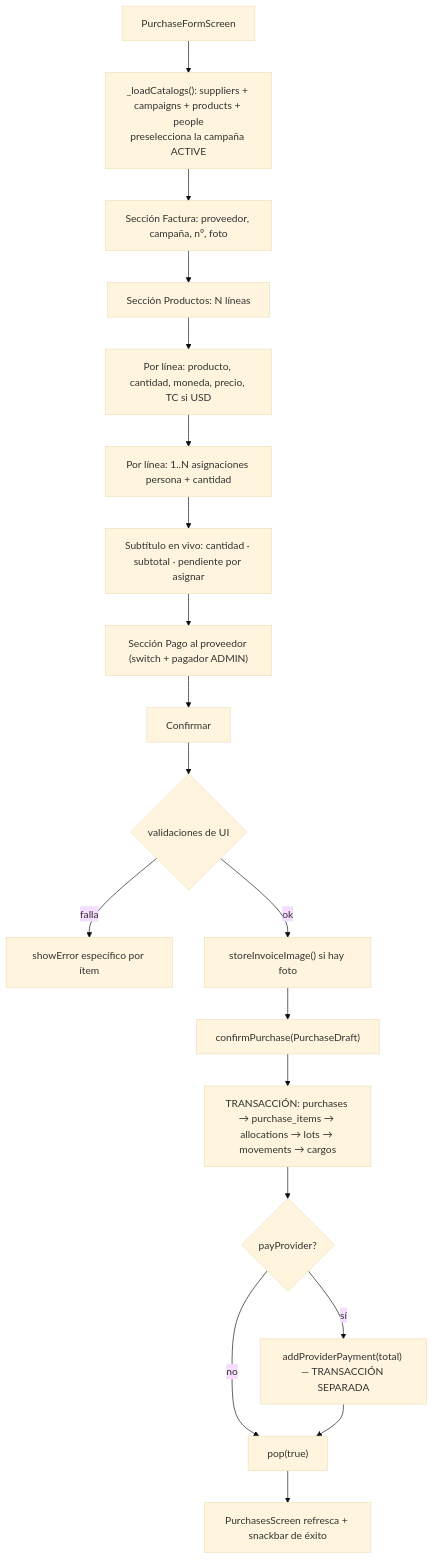
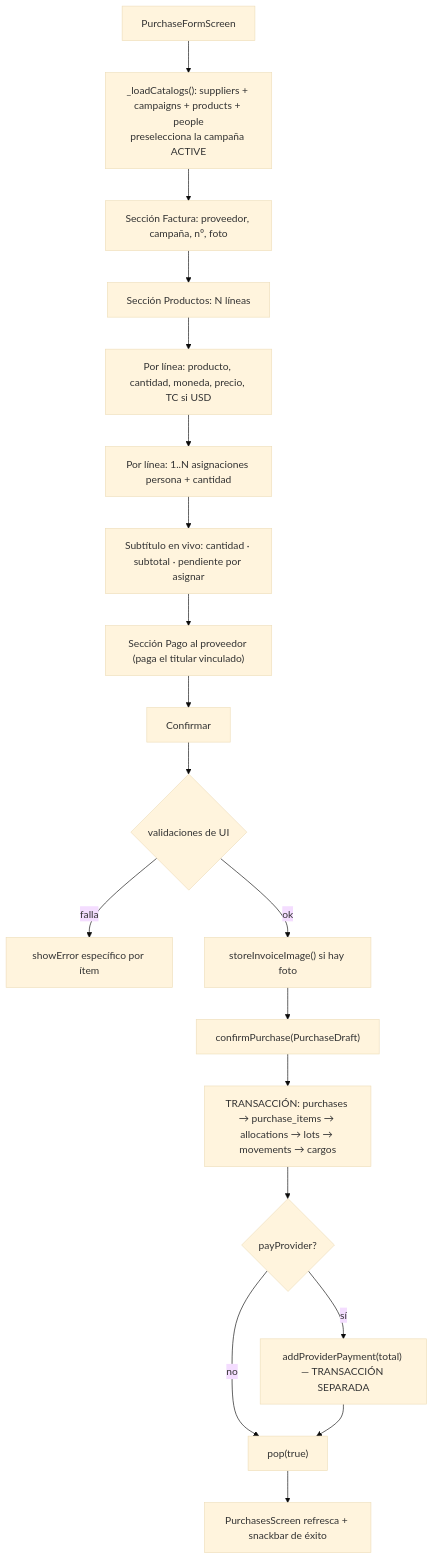
The fourth of 10 diagrams in docs/06_USER_FLOWS.md (Roderich1/AppMovilAgroquimico), drawn with Mermaid (base theme) before and after one commit. The commit also changed other lines of this file and 18 other files, not shown here.

````diff
--- a/docs/06_USER_FLOWS.md
+++ b/docs/06_USER_FLOWS.md
@@ -104,21 +103,21 @@
 ```mermaid
 flowchart TD
     A["PurchaseFormScreen"] --> B["_loadCatalogs(): suppliers + campaigns + products + people<br/>preselecciona la campaña ACTIVE"]
     B --> C["Sección Factura: proveedor, campaña, nº, foto"]
     C --> D["Sección Productos: N líneas"]
     D --> D1["Por línea: producto, cantidad, moneda, precio, TC si USD"]
     D1 --> D2["Por línea: 1..N asignaciones persona + cantidad"]
     D2 --> D3["Subtítulo en vivo: cantidad · subtotal · pendiente por asignar"]
-    D3 --> E["Sección Pago al proveedor (switch + pagador ADMIN)"]
+    D3 --> E["Sección Pago al proveedor (paga el titular vinculado)"]
     E --> F["Confirmar"]
     F --> G{"validaciones de UI"}
     G -->|falla| E1["showError específico por ítem"]
     G -->|ok| H["storeInvoiceImage() si hay foto"]
     H --> I["confirmPurchase(PurchaseDraft)"]
     I --> J["TRANSACCIÓN: purchases → purchase_items → allocations → lots → movements → cargos"]
     J --> K{"payProvider?"}
     K -->|sí| L["addProviderPayment(total) — TRANSACCIÓN SEPARADA"]
     K -->|no| M["pop(true)"]
     L --> M
     M --> N["PurchasesScreen refresca + snackbar de éxito"]
 ```
````
